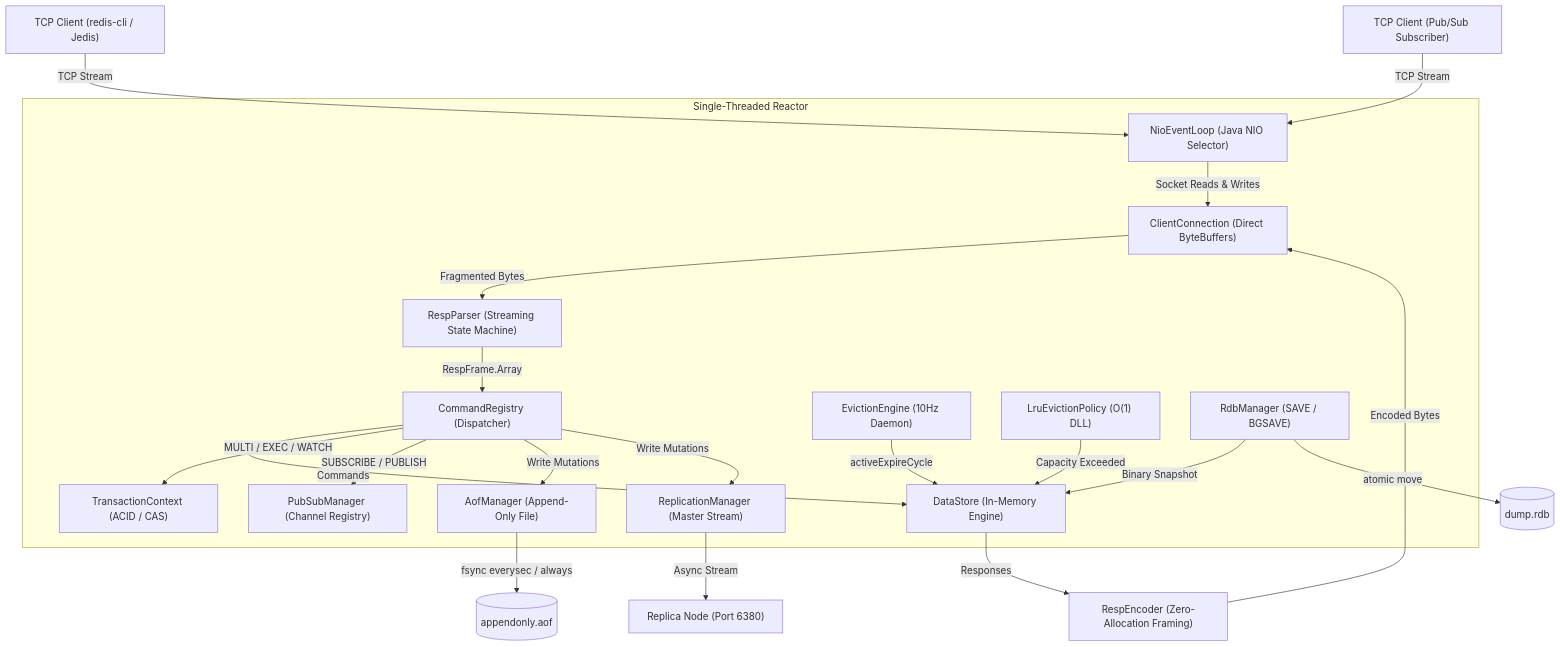
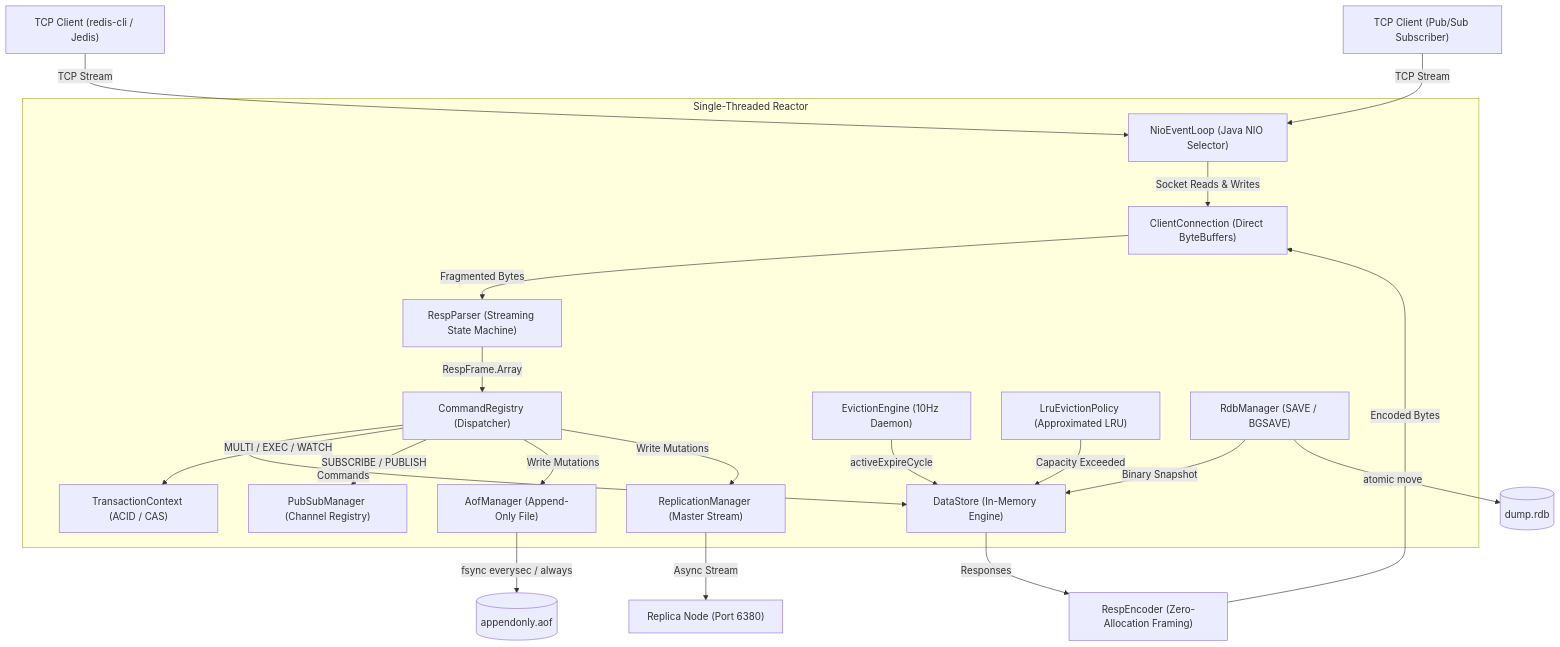
One commit to arraimal70-code/Redis-Java changed the diagram in README.md. Above: the diagram before and after it, drawn with Mermaid. The commit also changed other lines of this file and 26 other files, not shown here.

````diff
--- a/README.md
+++ b/README.md
@@ -25,27 +45,27 @@
 ```mermaid
 graph TD
     Client1["TCP Client (redis-cli / Jedis)"] -->|TCP Stream| NioEventLoop["NioEventLoop (Java NIO Selector)"]
     Client2["TCP Client (Pub/Sub Subscriber)"] -->|TCP Stream| NioEventLoop
 
     subgraph Server Core [Single-Threaded Reactor]
         NioEventLoop -->|Socket Reads & Writes| ClientConn["ClientConnection (Direct ByteBuffers)"]
         ClientConn -->|Fragmented Bytes| RespParser["RespParser (Streaming State Machine)"]
         RespParser -->|RespFrame.Array| CommandRegistry["CommandRegistry (Dispatcher)"]
 
         CommandRegistry -->|Commands| DataStore["DataStore (In-Memory Engine)"]
         CommandRegistry -->|MULTI / EXEC / WATCH| TxContext["TransactionContext (ACID / CAS)"]
         CommandRegistry -->|SUBSCRIBE / PUBLISH| PubSub["PubSubManager (Channel Registry)"]
         CommandRegistry -->|Write Mutations| AofWriter["AofManager (Append-Only File)"]
         CommandRegistry -->|Write Mutations| ReplManager["ReplicationManager (Master Stream)"]
 
         EvictionEngine["EvictionEngine (10Hz Daemon)"] -->|activeExpireCycle| DataStore
-        LruEngine["LruEvictionPolicy (O(1) DLL)"] -->|Capacity Exceeded| DataStore
+        LruEngine["LruEvictionPolicy (Approximated LRU)"] -->|Capacity Exceeded| DataStore
         RdbEngine["RdbManager (SAVE / BGSAVE)"] -->|Binary Snapshot| DataStore
     end
 
     ReplManager -->|Async Stream| Replica1["Replica Node (Port 6380)"]
     AofWriter -->|fsync everysec / always| DiskAOF[("appendonly.aof")]
     RdbEngine -->|atomic move| DiskRDB[("dump.rdb")]
     DataStore -->|Responses| RespEncoder["RespEncoder (Zero-Allocation Framing)"]
     RespEncoder -->|Encoded Bytes| ClientConn
 ```
````
